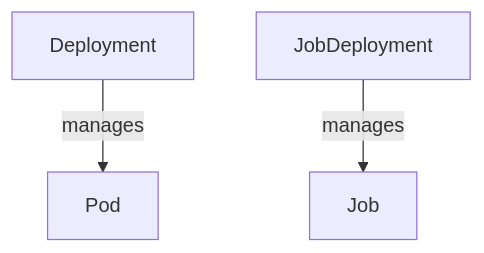
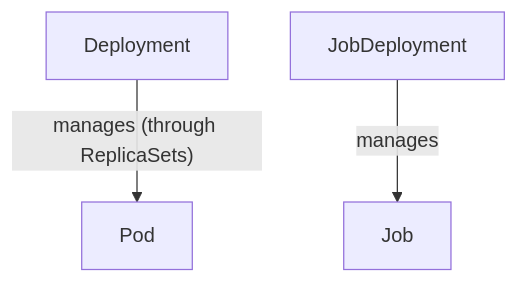
The diagram in README.md (sgatewood/job-deployment), drawn with Mermaid before and after one commit.

````diff
--- a/README.md
+++ b/README.md
@@ -10,5 +10,5 @@
 ```mermaid
 flowchart TD
-    Deployment -- manages --> Pod
+    Deployment -- manages (through ReplicaSets) --> Pod
     JobDeployment -- manages --> Job
 ```
````
